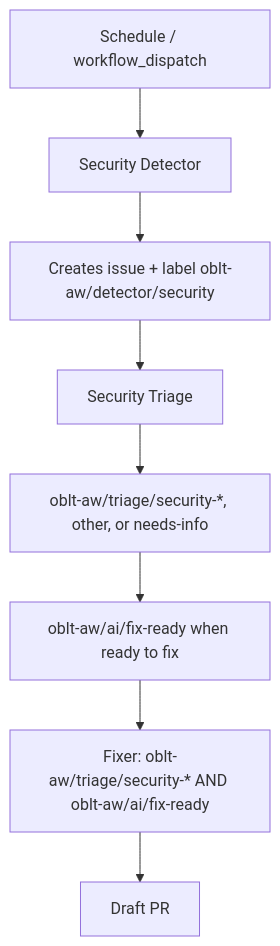
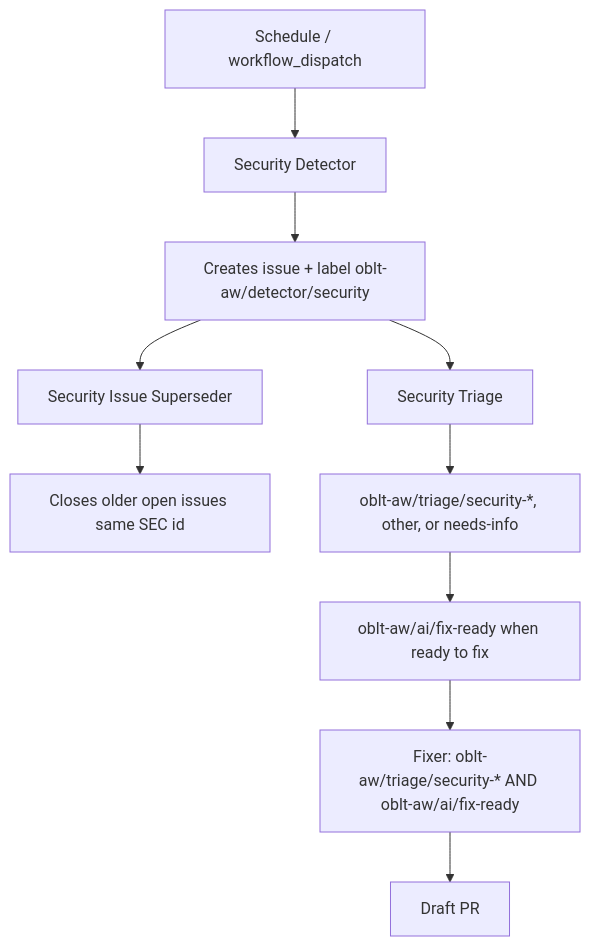
One commit to elastic/oblt-aw changed the diagram in docs/architecture/security-agent-architecture.md. Above: the diagram before and after it, drawn with Mermaid. The commit also changed other lines of this file and 7 other files, not shown here.

First line of the commit message:
docs: document security issue supersession workflow and routing.

````diff
--- a/docs/architecture/security-agent-architecture.md
+++ b/docs/architecture/security-agent-architecture.md
@@ -23,10 +24,12 @@
 ```mermaid
 flowchart TD
   A[Schedule / workflow_dispatch] --> B[Security Detector]
   B --> C[Creates issue + label oblt-aw/detector/security]
+  C --> S[Security Issue Superseder]
+  S --> C2[Closes older open issues same SEC id]
   C --> D[Security Triage]
   D --> E["oblt-aw/triage/security-*, other, or needs-info"]
   E --> F[oblt-aw/ai/fix-ready when ready to fix]
   F --> G["Fixer: oblt-aw/triage/security-* AND oblt-aw/ai/fix-ready"]
   G --> H[Draft PR]
 ```
````
